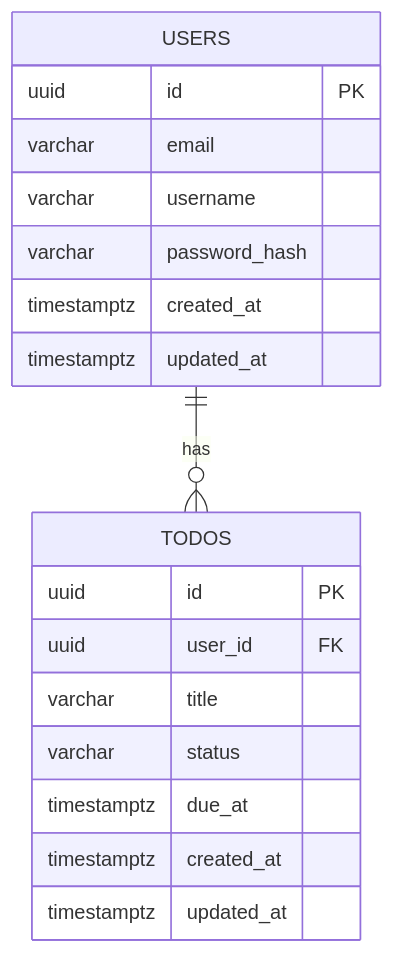
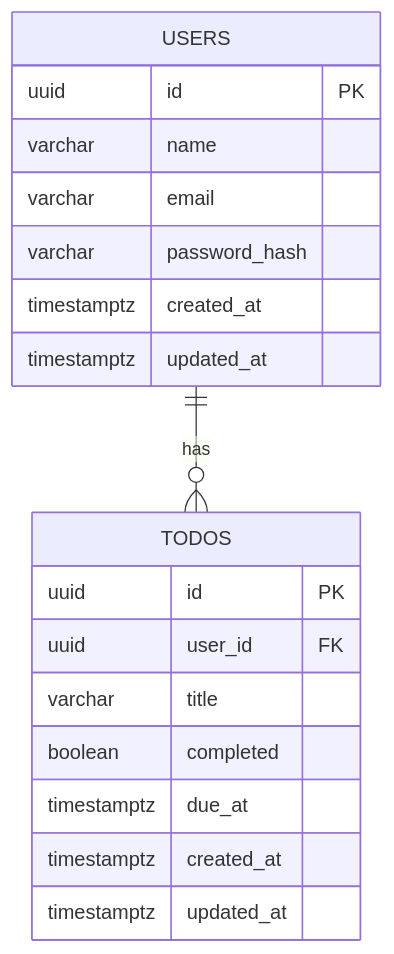
One commit to kkmnky/rusty-todo changed the diagram in docs/er.md. Above: the diagram before and after it, drawn with Mermaid. The commit also changed other lines of this file and 8 other files, not shown here.

````diff
--- a/docs/er.md
+++ b/docs/er.md
@@ -3,23 +3,23 @@
 ```mermaid
 erDiagram
     USERS ||--o{ TODOS : has
 
     USERS {
         uuid id PK
+        varchar name
         varchar email
-        varchar username
         varchar password_hash
         timestamptz created_at
         timestamptz updated_at
     }
 
     TODOS {
         uuid id PK
         uuid user_id FK
         varchar title
-        varchar status
+        boolean completed
         timestamptz due_at
         timestamptz created_at
         timestamptz updated_at
     }
 ```
````
